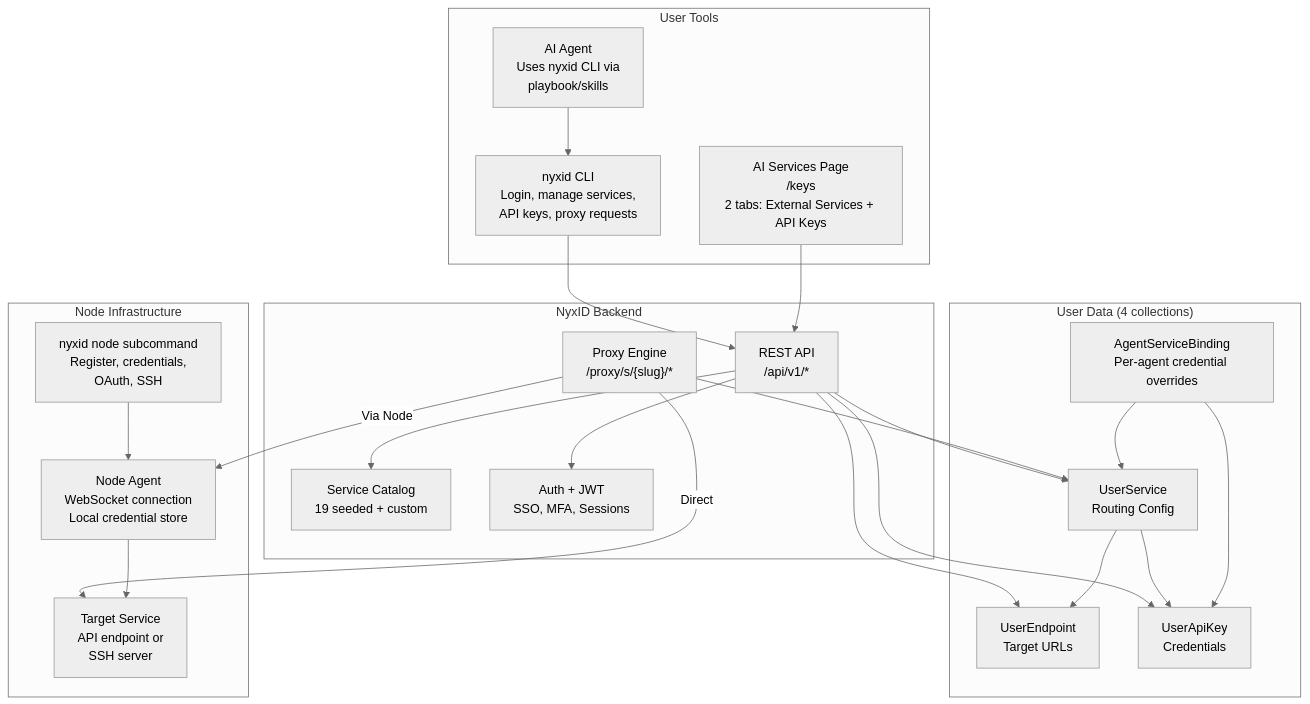
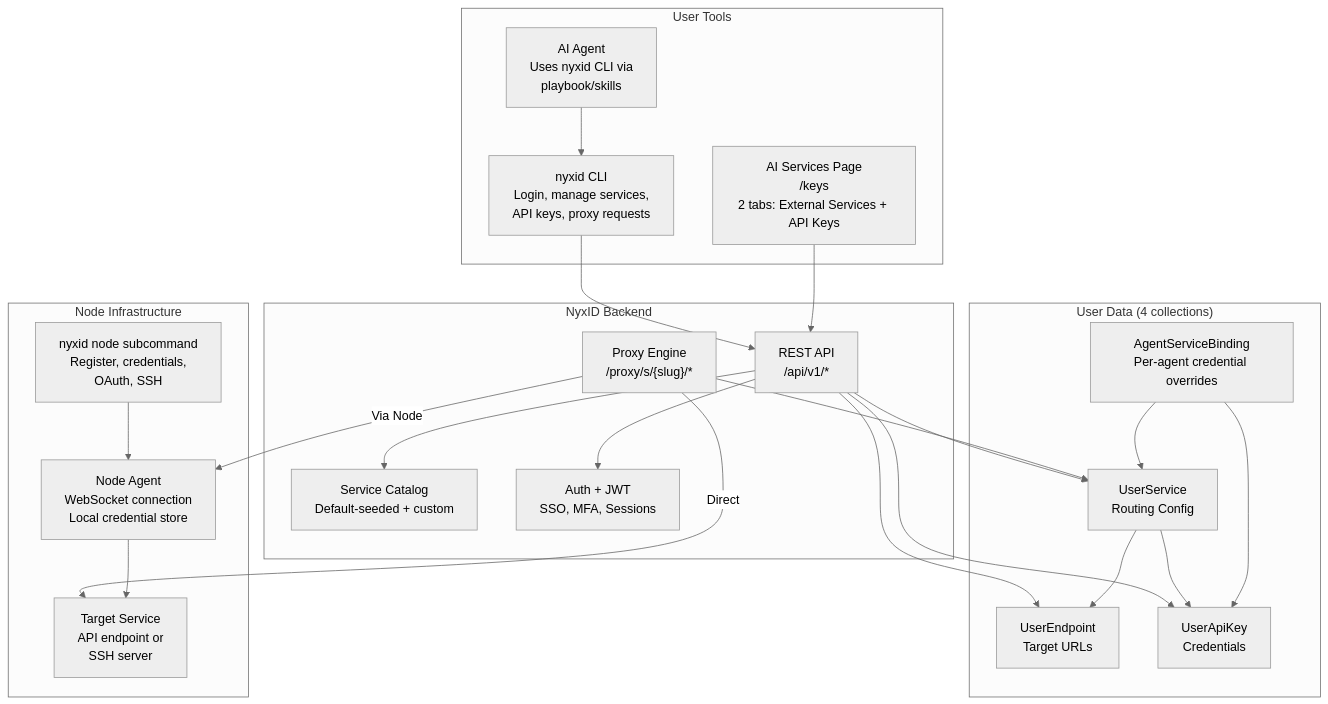
The first of 8 diagrams in docs/AI_SERVICES_ARCHITECTURE.md (ChronoAIProject/NyxID), drawn with Mermaid (neutral theme) before and after one commit. The commit also changed 1 other file, not shown here.

Commit message:
docs: document ElevenLabs and Twilio discovery

````diff
--- a/docs/AI_SERVICES_ARCHITECTURE.md
+++ b/docs/AI_SERVICES_ARCHITECTURE.md
@@ -11,49 +11,49 @@
 ```mermaid
 graph TB
     subgraph "User Tools"
         CLI["nyxid CLI<br/>Login, manage services,<br/>API keys, proxy requests"]
         WEB["AI Services Page<br/>/keys<br/>2 tabs: External Services + API Keys"]
         AI["AI Agent<br/>Uses nyxid CLI via<br/>playbook/skills"]
     end
 
     subgraph "NyxID Backend"
         API["REST API<br/>/api/v1/*"]
         PROXY["Proxy Engine<br/>/proxy/s/{slug}/*"]
-        CATALOG["Service Catalog<br/>19 seeded + custom"]
+        CATALOG["Service Catalog<br/>Default-seeded + custom"]
         AUTH["Auth + JWT<br/>SSO, MFA, Sessions"]
     end
 
     subgraph "User Data (4 collections)"
         UE["UserEndpoint<br/>Target URLs"]
         UAK["UserApiKey<br/>Credentials"]
         US["UserService<br/>Routing Config"]
         ASB["AgentServiceBinding<br/>Per-agent credential overrides"]
     end
 
     subgraph "Node Infrastructure"
         NODE_CLI["nyxid node subcommand<br/>Register, credentials,<br/>OAuth, SSH"]
         NODE["Node Agent<br/>WebSocket connection<br/>Local credential store"]
         TARGET["Target Service<br/>API endpoint or<br/>SSH server"]
     end
 
     CLI --> API
     WEB --> API
     AI --> CLI
 
     API --> UE & UAK & US
     API --> CATALOG
     API --> AUTH
 
     PROXY --> US
     US --> UE
     US --> UAK
 
     PROXY -->|"Direct"| TARGET
     PROXY -->|"Via Node"| NODE
     NODE --> TARGET
 
     NODE_CLI --> NODE
 
     ASB --> US
     ASB --> UAK
 ```
````
